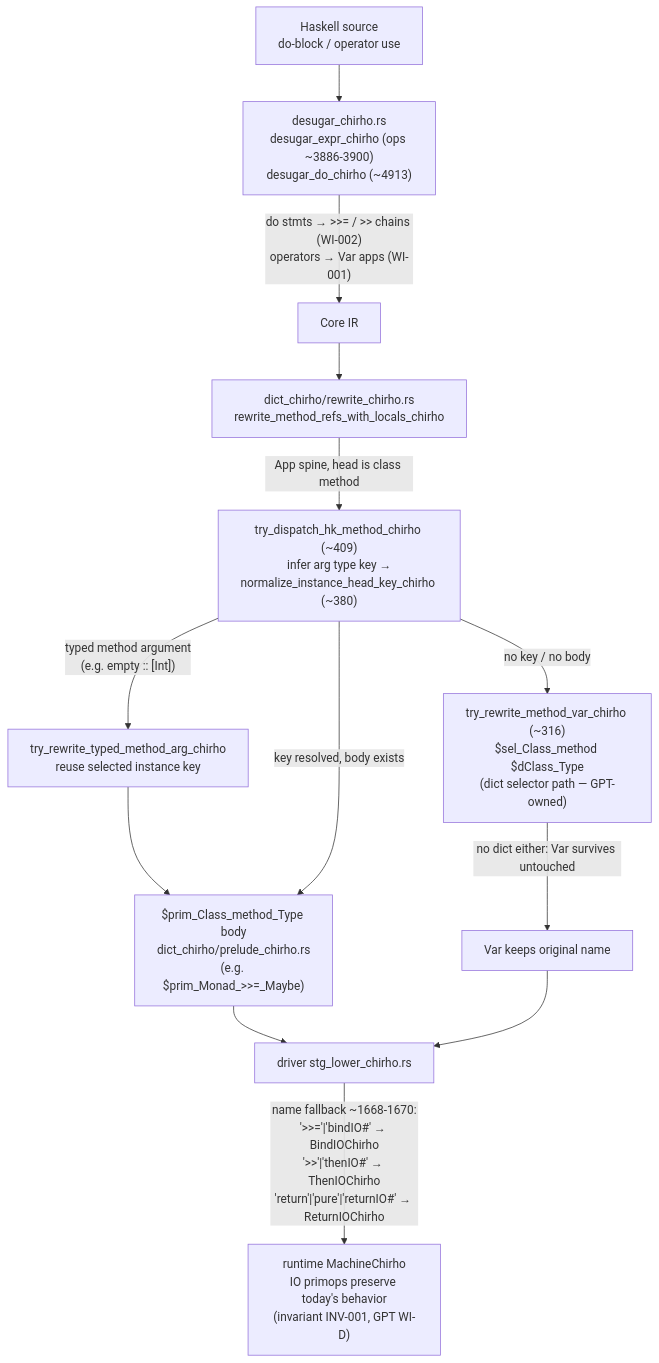
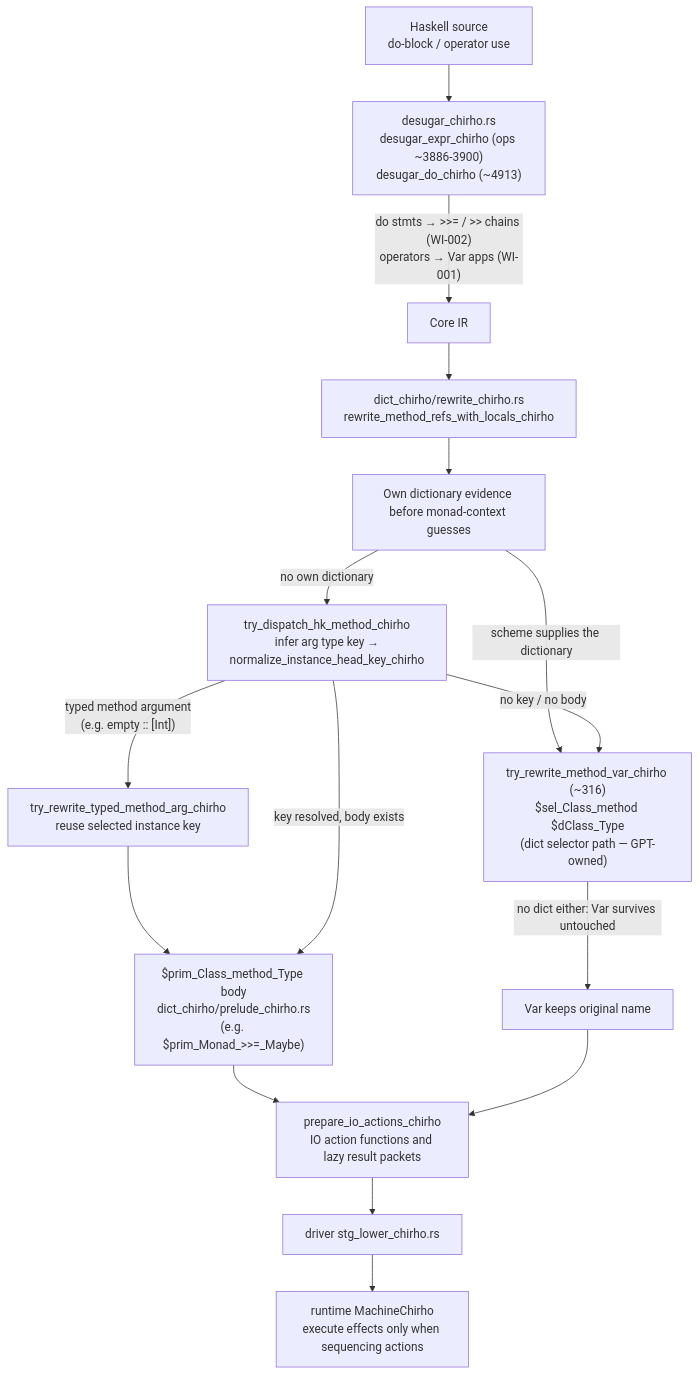
The diagram in spec-chirho/workflows-chirho/monadic-dispatch-chirho.md (loveJesus/haskelujah-chirho), drawn with Mermaid before and after one commit. The commit also changed other lines of this file and 31 other files, not shown here.

````diff
--- a/spec-chirho/workflows-chirho/monadic-dispatch-chirho.md
+++ b/spec-chirho/workflows-chirho/monadic-dispatch-chirho.md
@@ -8,15 +8,18 @@
 ```mermaid
 flowchart TD
     SRC["Haskell source\ndo-block / operator use"] --> DESUGAR["desugar_chirho.rs\ndesugar_expr_chirho (ops ~3886-3900)\ndesugar_do_chirho (~4913)"]
     DESUGAR -->|"do stmts → >>= / >> chains (WI-002)\noperators → Var apps (WI-001)"| CORE["Core IR"]
     CORE --> DICTPASS["dict_chirho/rewrite_chirho.rs\nrewrite_method_refs_with_locals_chirho"]
-    DICTPASS -->|"App spine, head is class method"| HK["try_dispatch_hk_method_chirho (~409)\ninfer arg type key →\nnormalize_instance_head_key_chirho (~380)"]
+    DICTPASS --> OWN["Own dictionary evidence before monad-context guesses"]
+    OWN -->|"scheme supplies the dictionary"| SEL
+    OWN -->|"no own dictionary"| HK["try_dispatch_hk_method_chirho\ninfer arg type key →\nnormalize_instance_head_key_chirho"]
     HK -->|"typed method argument\n(e.g. empty :: [Int])"| TYPEDARG["try_rewrite_typed_method_arg_chirho\nreuse selected instance key"]
     TYPEDARG --> PRIM
     HK -->|"key resolved, body exists"| PRIM["$prim_Class_method_Type body\ndict_chirho/prelude_chirho.rs\n(e.g. $prim_Monad_>>=_Maybe)"]
     HK -->|"no key / no body"| SEL["try_rewrite_method_var_chirho (~316)\n$sel_Class_method $dClass_Type\n(dict selector path — GPT-owned)"]
     SEL -->|"no dict either: Var survives untouched"| FALLBACK["Var keeps original name"]
-    PRIM --> STG["driver stg_lower_chirho.rs"]
-    FALLBACK --> STG
-    STG -->|"name fallback ~1668-1670:\n'>>='|'bindIO#' → BindIOChirho\n'>>'|'thenIO#' → ThenIOChirho\n'return'|'pure'|'returnIO#' → ReturnIOChirho"| MACHINE["runtime MachineChirho\nIO primops preserve today's behavior\n(invariant INV-001, GPT WI-D)"]
+    PRIM --> ACTIONS["prepare_io_actions_chirho\nIO action functions and lazy result packets"]
+    FALLBACK --> ACTIONS
+    ACTIONS --> STG["driver stg_lower_chirho.rs"]
+    STG --> MACHINE["runtime MachineChirho\nexecute effects only when sequencing actions"]
 ```
````
